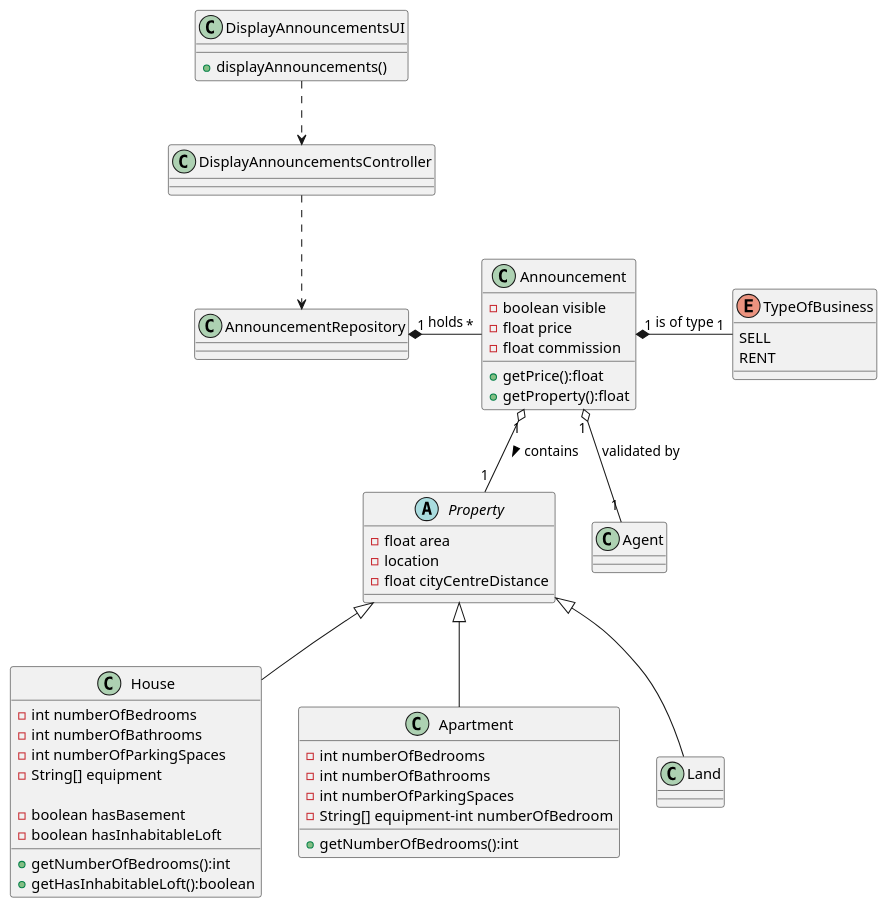
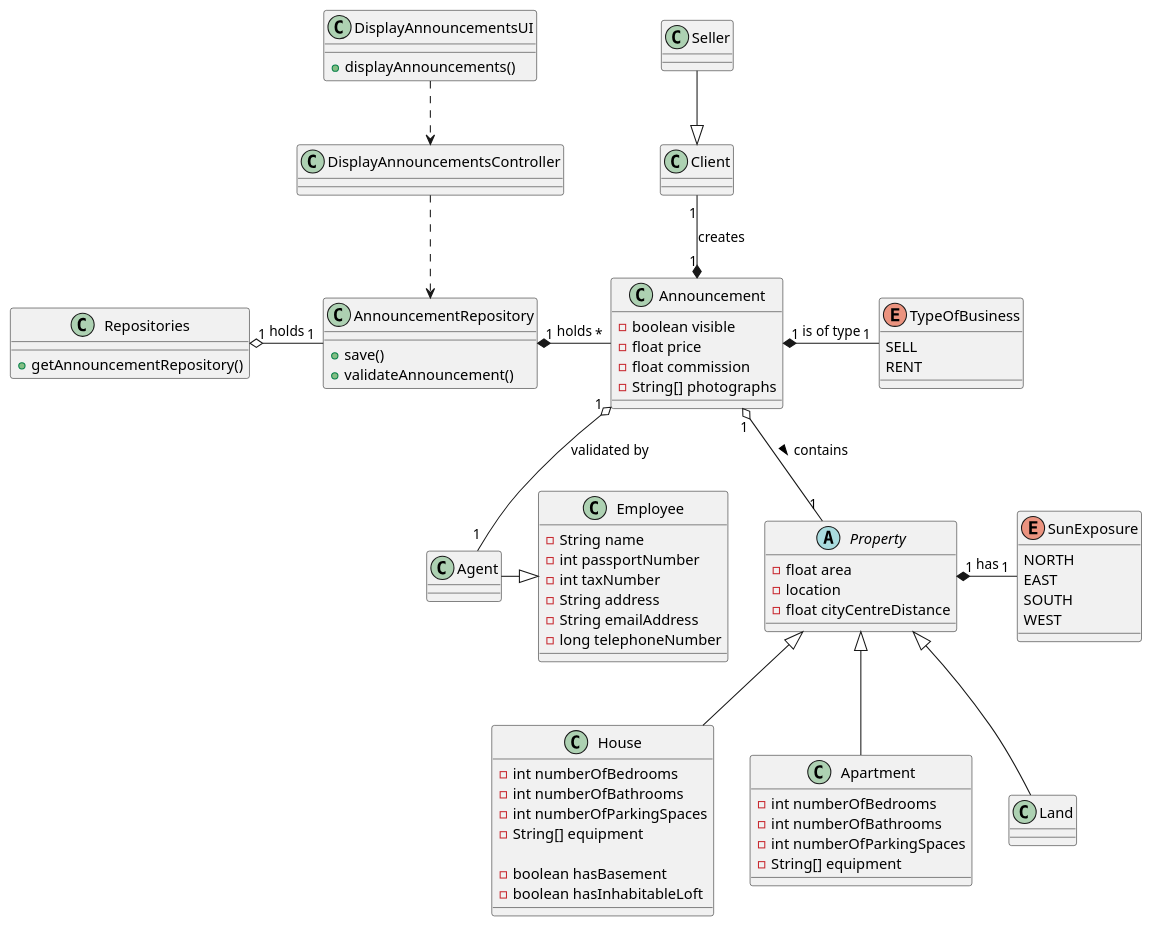
The diagram in docs/sprintB/US001/03.design/puml/us001-class-diagram.puml (tiagohcorreia/LAPR2), drawn with PlantUML before and after one commit. The commit also changed 3 other files, not shown here.

Commit message:
US1 - Updated the design rationale and some diagrams

```diff
--- a/docs/sprintB/US001/03.design/puml/us001-class-diagram.puml
+++ b/docs/sprintB/US001/03.design/puml/us001-class-diagram.puml
@@ -1,71 +1,100 @@
 @startuml
 'https://plantuml.com/class-diagram
-
+skinparam shadowing false
 
 
 class Announcement{
 -boolean visible
 -float price
 -float commission
-+getPrice():float
-+getProperty():float
+-String[] photographs
+'+getPrice():float
+'+getProperty():float
 }
 enum TypeOfBusiness{
 SELL
 RENT
+}
+enum SunExposure{
+NORTH
+EAST
+SOUTH
+WEST
 }
 
 abstract class Property{
 -float area
 -location
 -float cityCentreDistance
 }
 class House{
 -int numberOfBedrooms
 -int numberOfBathrooms
 -int numberOfParkingSpaces
 -String[] equipment
 
 -boolean hasBasement
 -boolean hasInhabitableLoft
 
-+getNumberOfBedrooms():int
-+getHasInhabitableLoft():boolean
+'+getNumberOfBedrooms():int
+'+getHasInhabitableLoft():boolean
 }
 class Apartment{
 -int numberOfBedrooms
 -int numberOfBathrooms
 -int numberOfParkingSpaces
--String[] equipment-int numberOfBedroom
+-String[] equipment
 
-+getNumberOfBedrooms():int
+'+getNumberOfBedrooms():int
 }
 class AnnouncementRepository{
 '-List<Announcement> announcements
++save()
++validateAnnouncement()
 }
+class Repositories{
++getAnnouncementRepository()
+}
+class Client{}
+class Seller{}
 
 class DisplayAnnouncementsUI{
 +displayAnnouncements()
 }
 class DisplayAnnouncementsController{}
 
 class Land{
 
 }
 
 class Agent{
 }
+class Employee{
+-String name
+-int passportNumber
+-int taxNumber
+-String address
+-String emailAddress
+-long telephoneNumber
+}
 
 DisplayAnnouncementsUI -[dashed]-> DisplayAnnouncementsController
 DisplayAnnouncementsController -[dashed]-> AnnouncementRepository
 AnnouncementRepository "1" *- "*" Announcement: holds
+Repositories "1" o- "1" AnnouncementRepository: holds
+
+Agent -|> Employee
 
 Announcement "1" o-- "1" Property: contains >
 Announcement "1" o-- "1" Agent: validated by
 Announcement "1" *- "1" TypeOfBusiness: is of type
+Client "1" --* "1" Announcement: creates
 
 Property <|-- House
 Property <|-- Apartment
 Property <|-- Land
+Property "1" *- "1" SunExposure: has
 
+Seller --|> Client
+'Seller - Property: owns
 @enduml
```
